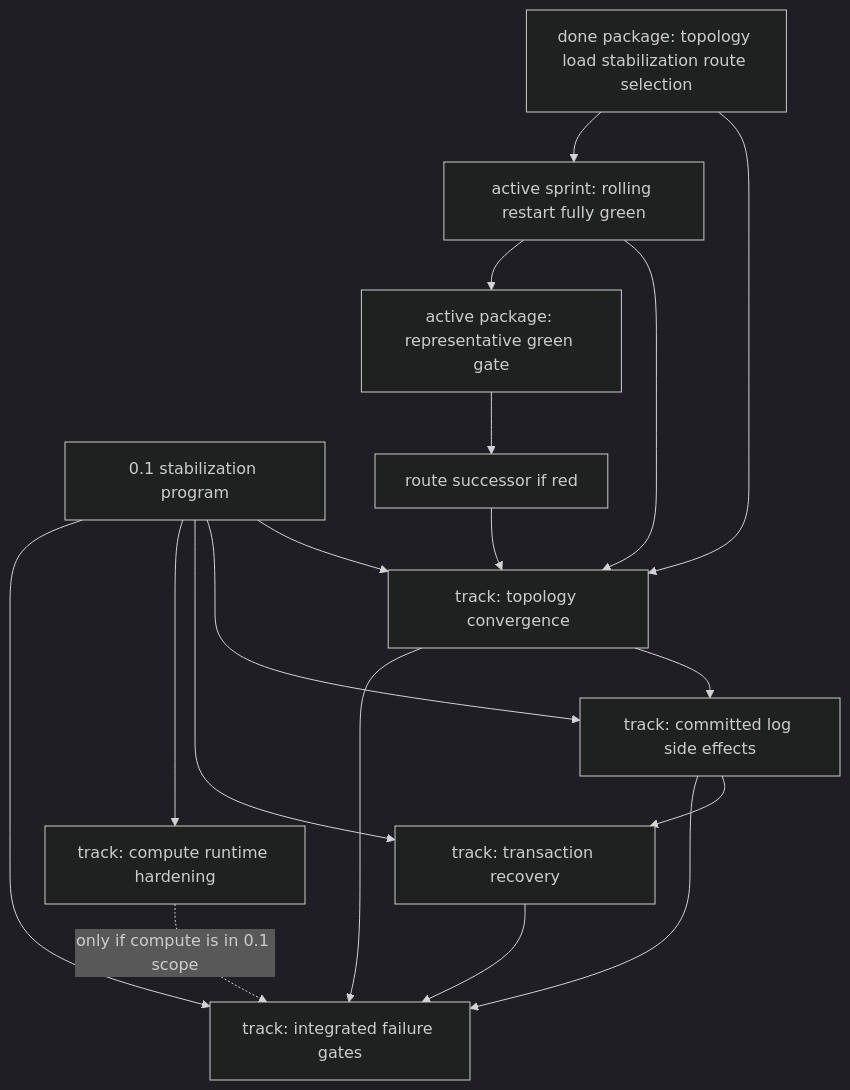
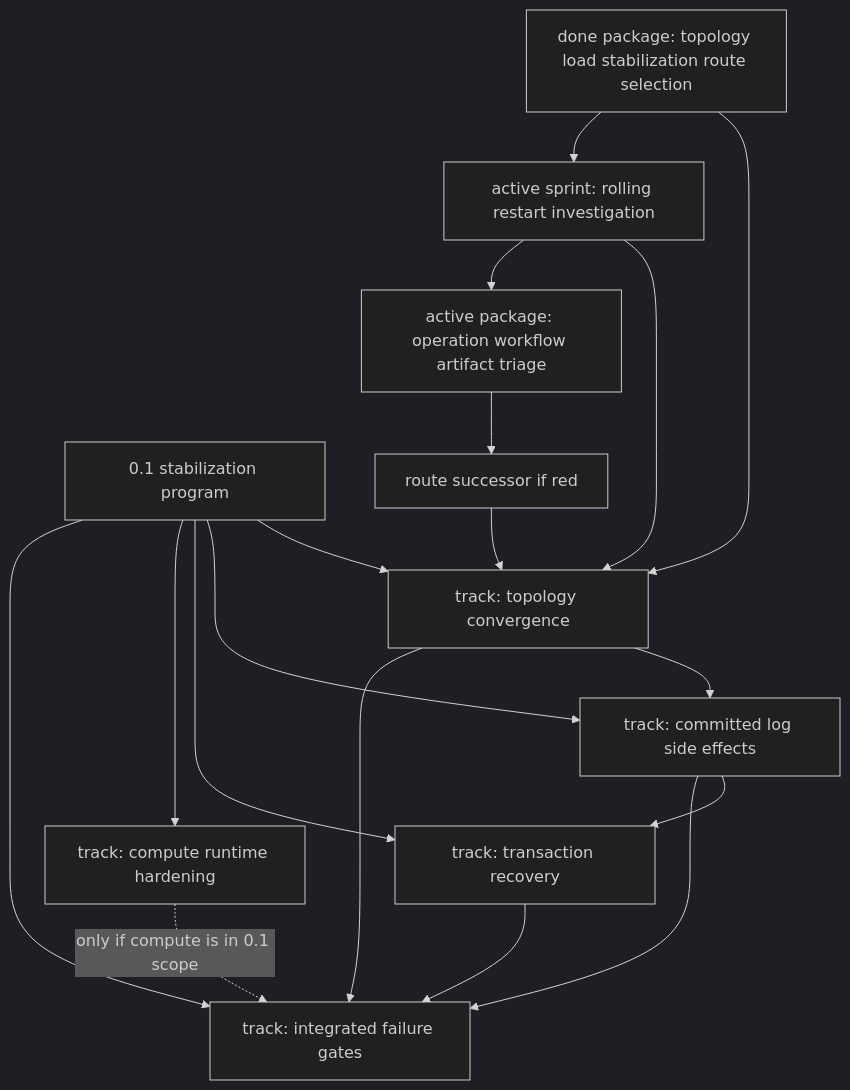
Before and after one commit to psvensson/lagrange: the diagram in work/releases/0.1-dependency-map.md, drawn with Mermaid (dark theme). The commit also changed other lines of this file and 13 other files, not shown here.

````diff
--- a/work/releases/0.1-dependency-map.md
+++ b/work/releases/0.1-dependency-map.md
@@ -46,33 +47,33 @@
 ```mermaid
 flowchart TD
   release["0.1 stabilization program"]
   topo["track: topology convergence"]
   sidefx["track: committed log side effects"]
   tx["track: transaction recovery"]
   compute["track: compute runtime hardening"]
   gates["track: integrated failure gates"]
   route["done package: topology load stabilization route selection"]
-  sprint["active sprint: rolling restart fully green"]
-  gate["active package: representative green gate"]
+  sprint["active sprint: rolling restart investigation"]
+  gate["active package: operation workflow artifact triage"]
   workflow["route successor if red"]
 
   release --> topo
   release --> sidefx
   release --> tx
   release --> compute
   release --> gates
 
   route --> topo
   route --> sprint
   sprint --> topo
   sprint --> gate
   gate --> workflow
   workflow --> topo
 
   topo --> sidefx
   sidefx --> tx
   topo --> gates
   sidefx --> gates
   tx --> gates
   compute -. "only if compute is in 0.1 scope" .-> gates
 ```
````
